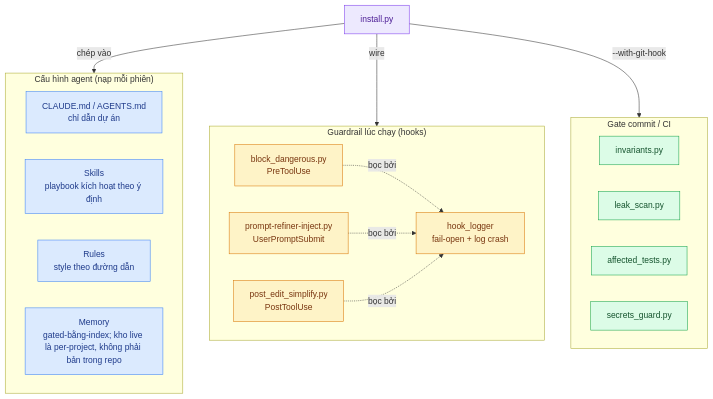
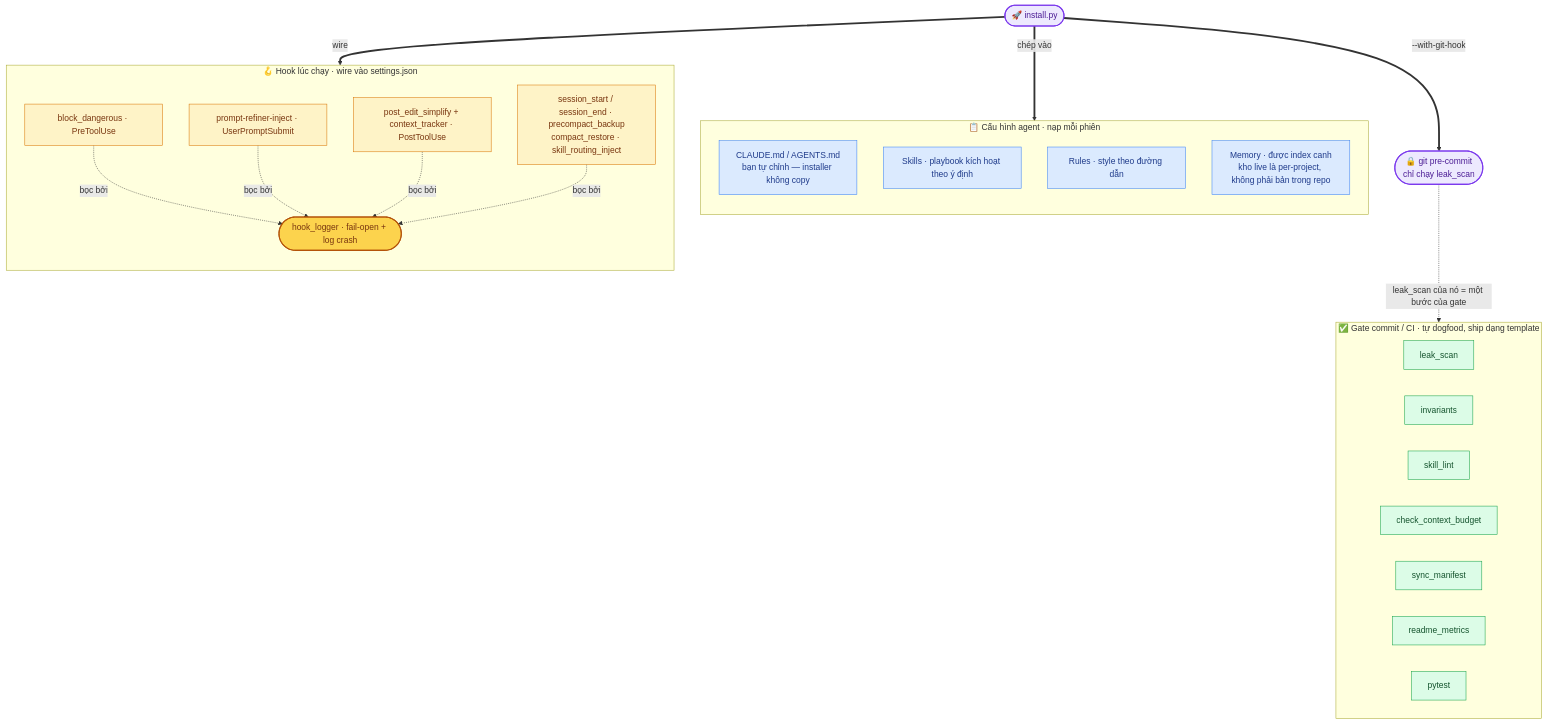
One commit to doivamong/agent-workbench changed the diagram in docs/README.vi.md. Above: the diagram before and after it, drawn with Mermaid. The commit also changed other lines of this file and 2 other files, not shown here.

First line of the commit message:
docs: rewrite Vietnamese README + add VI PHILOSOPHY + fix/polish architecture diagram (#26)

````diff
--- a/docs/README.vi.md
+++ b/docs/README.vi.md
@@ -109,41 +109,45 @@
 ```mermaid
 flowchart TB
-    subgraph agent["Cấu hình agent (nạp mỗi phiên)"]
-        cfg["CLAUDE.md / AGENTS.md<br/>chỉ dẫn dự án"]
-        skills["Skills<br/>playbook kích hoạt theo ý định"]
-        rules["Rules<br/>style theo đường dẫn"]
-        mem["Memory<br/>gated-bằng-index; kho live là per-project, không phải bản trong repo"]
+    install(["🚀 install.py"]):::entry
+
+    install ==>|chép vào| AG
+    install ==>|wire| HK
+    install ==>|"--with-git-hook"| GH(["🔒 git pre-commit<br/>chỉ chạy leak_scan"]):::entry
+
+    subgraph AG["📋 Cấu hình agent · nạp mỗi phiên"]
+        direction TB
+        cfg["CLAUDE.md / AGENTS.md<br/>bạn tự chỉnh — installer không copy"]:::cfg
+        skills["Skills · playbook kích hoạt theo ý định"]:::cfg
+        rules["Rules · style theo đường dẫn"]:::cfg
+        mem["Memory · được index canh<br/>kho live là per-project, không phải bản trong repo"]:::cfg
     end
 
-    subgraph guards["Guardrail lúc chạy (hooks)"]
-        block["block_dangerous.py<br/>PreToolUse"]
-        refine["prompt-refiner-inject.py<br/>UserPromptSubmit"]
-        simplify["post_edit_simplify.py<br/>PostToolUse"]
-        wrap["hook_logger<br/>fail-open + log crash"]
+    subgraph HK["🪝 Hook lúc chạy · wire vào settings.json"]
+        direction TB
+        block["block_dangerous · PreToolUse"]:::hook
+        refine["prompt-refiner-inject · UserPromptSubmit"]:::hook
+        edits["post_edit_simplify + context_tracker · PostToolUse"]:::hook
+        life["session_start / session_end · precompact_backup<br/>compact_restore · skill_routing_inject"]:::hook
+        wrap(["hook_logger · fail-open + log crash"]):::wrapn
+        block & refine & edits & life -.->|bọc bởi| wrap
     end
 
-    subgraph gate["Gate commit / CI"]
-        inv["invariants.py"]
-        leak["leak_scan.py"]
-        aff["affected_tests.py"]
-        sec["secrets_guard.py"]
+    subgraph GT["✅ Gate commit / CI · tự dogfood, ship dạng template"]
+        direction LR
+        leak["leak_scan"]:::chk
+        inv["invariants"]:::chk
+        slint["skill_lint"]:::chk
+        ctxb["check_context_budget"]:::chk
+        man["sync_manifest"]:::chk
+        metr["readme_metrics"]:::chk
+        tests["pytest"]:::chk
     end
 
-    install["install.py"] -->|chép vào| agent
-    install -->|wire| guards
-    install -->|"--with-git-hook"| gate
+    GH -.->|"leak_scan của nó = một bước của gate"| leak
 
-    block -.->|bọc bởi| wrap
-    refine -.->|bọc bởi| wrap
-    simplify -.->|bọc bởi| wrap
-
-    classDef config fill:#dbeafe,stroke:#3b82f6,color:#1e3a8a
+    classDef entry fill:#ede9fe,stroke:#7c3aed,stroke-width:2px,color:#4c1d95
+    classDef cfg fill:#dbeafe,stroke:#3b82f6,color:#1e3a8a
     classDef hook fill:#fef3c7,stroke:#d97706,color:#78350f
-    classDef check fill:#dcfce7,stroke:#16a34a,color:#14532d
-    classDef entry fill:#ede9fe,stroke:#7c3aed,color:#4c1d95
-
-    class cfg,skills,rules,mem config
-    class block,refine,simplify,wrap hook
-    class inv,leak,aff,sec check
-    class install entry
+    classDef wrapn fill:#fcd34d,stroke:#b45309,stroke-width:2px,color:#78350f
+    classDef chk fill:#dcfce7,stroke:#16a34a,color:#14532d
 ```
````
